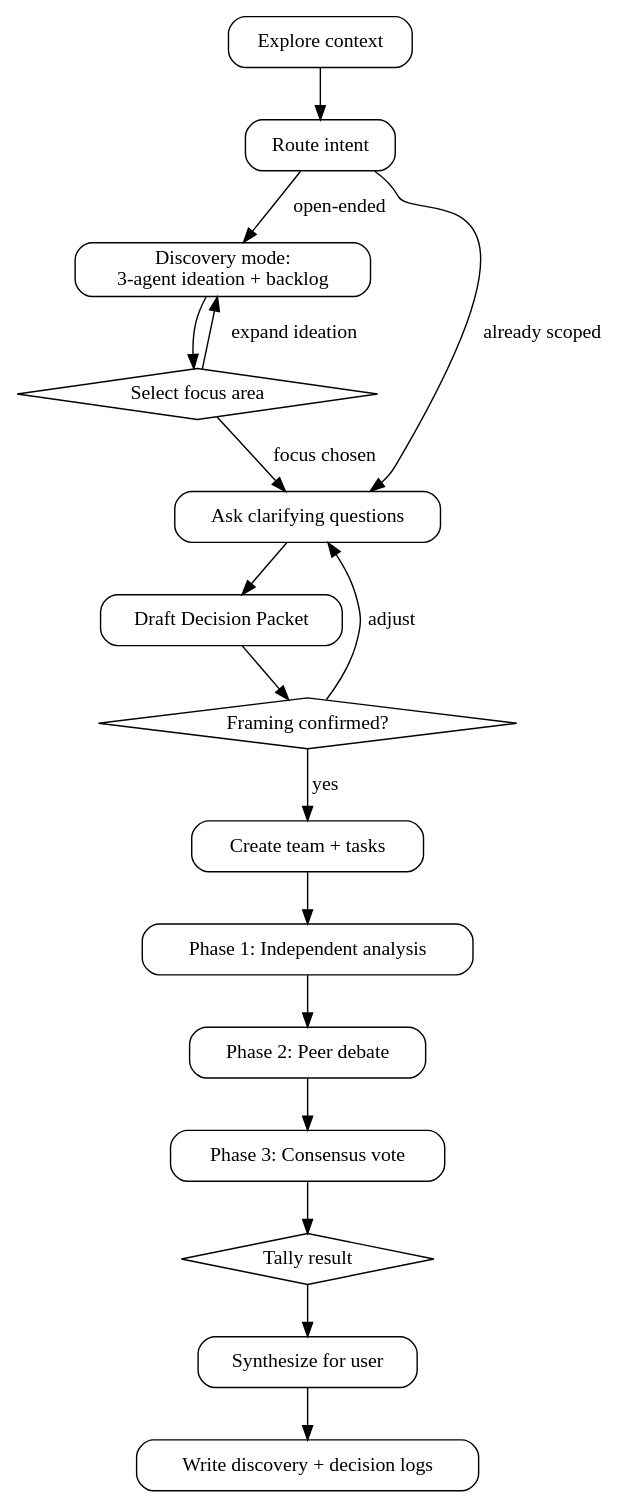
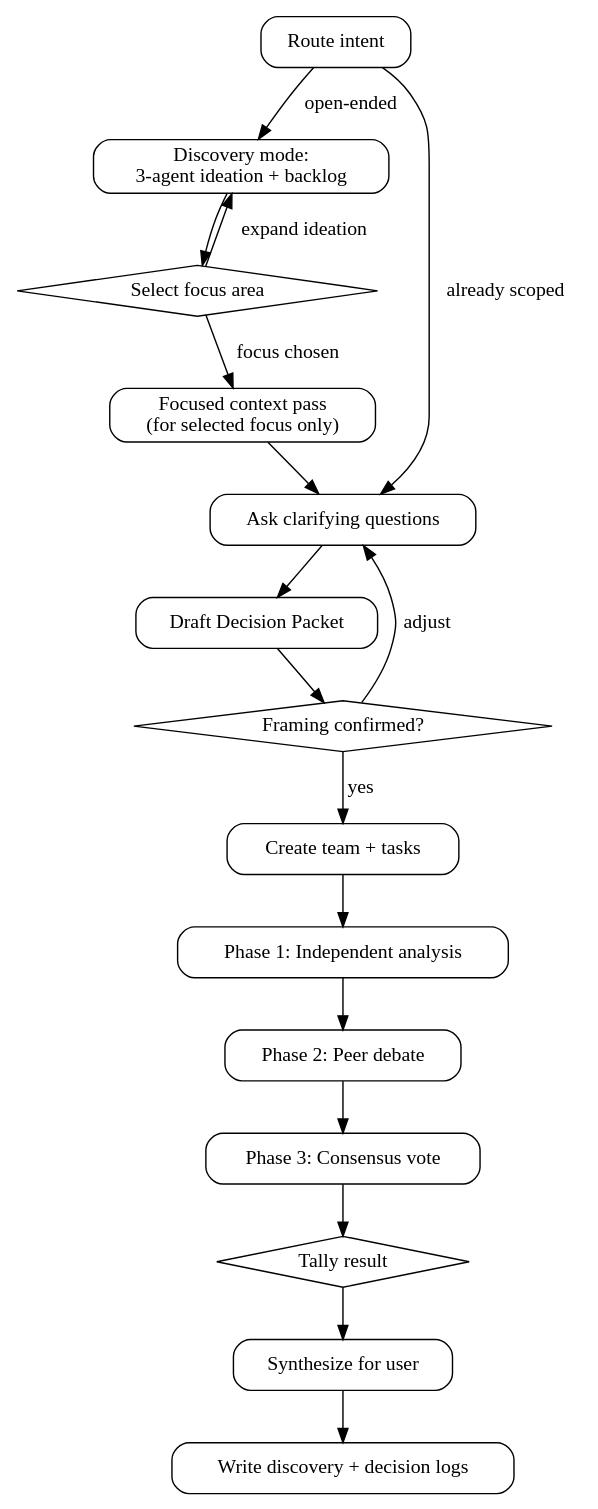
Before and after one commit to vinta/hal-9000: the diagram in skills/magi/SKILL.md, drawn with Graphviz. The commit also changed other lines of this file, not shown here.

Commit message:
magi: start discovery council before pre-explore

````diff
--- a/skills/magi/SKILL.md
+++ b/skills/magi/SKILL.md
@@ -88,34 +89,34 @@
 ```dot
 digraph magi {
     rankdir=TB;
     node [shape=box, style=rounded];
 
-    explore [label="Explore context"];
     route [label="Route intent"];
     discover [label="Discovery mode:\n3-agent ideation + backlog"];
     select [label="Select focus area" shape=diamond style=""];
+    orient [label="Focused context pass\n(for selected focus only)"];
     clarify [label="Ask clarifying questions"];
     packet [label="Draft Decision Packet"];
     confirm [label="Framing confirmed?" shape=diamond style=""];
     spawn [label="Create team + tasks"];
     analysis [label="Phase 1: Independent analysis"];
     debate [label="Phase 2: Peer debate"];
     vote [label="Phase 3: Consensus vote"];
     tally [label="Tally result" shape=diamond style=""];
     synth [label="Synthesize for user"];
     log [label="Write discovery + decision logs"];
 
-    explore -> route;
     route -> discover [label="open-ended"];
     route -> clarify [label="already scoped"];
     discover -> select;
     select -> discover [label="expand ideation"];
-    select -> clarify [label="focus chosen"];
+    select -> orient [label="focus chosen"];
+    orient -> clarify;
     clarify -> packet -> confirm;
     confirm -> clarify [label="adjust"];
     confirm -> spawn [label="yes"];
     spawn -> analysis -> debate -> vote -> tally;
     tally -> synth;
     synth -> log;
 }
 ```
````
